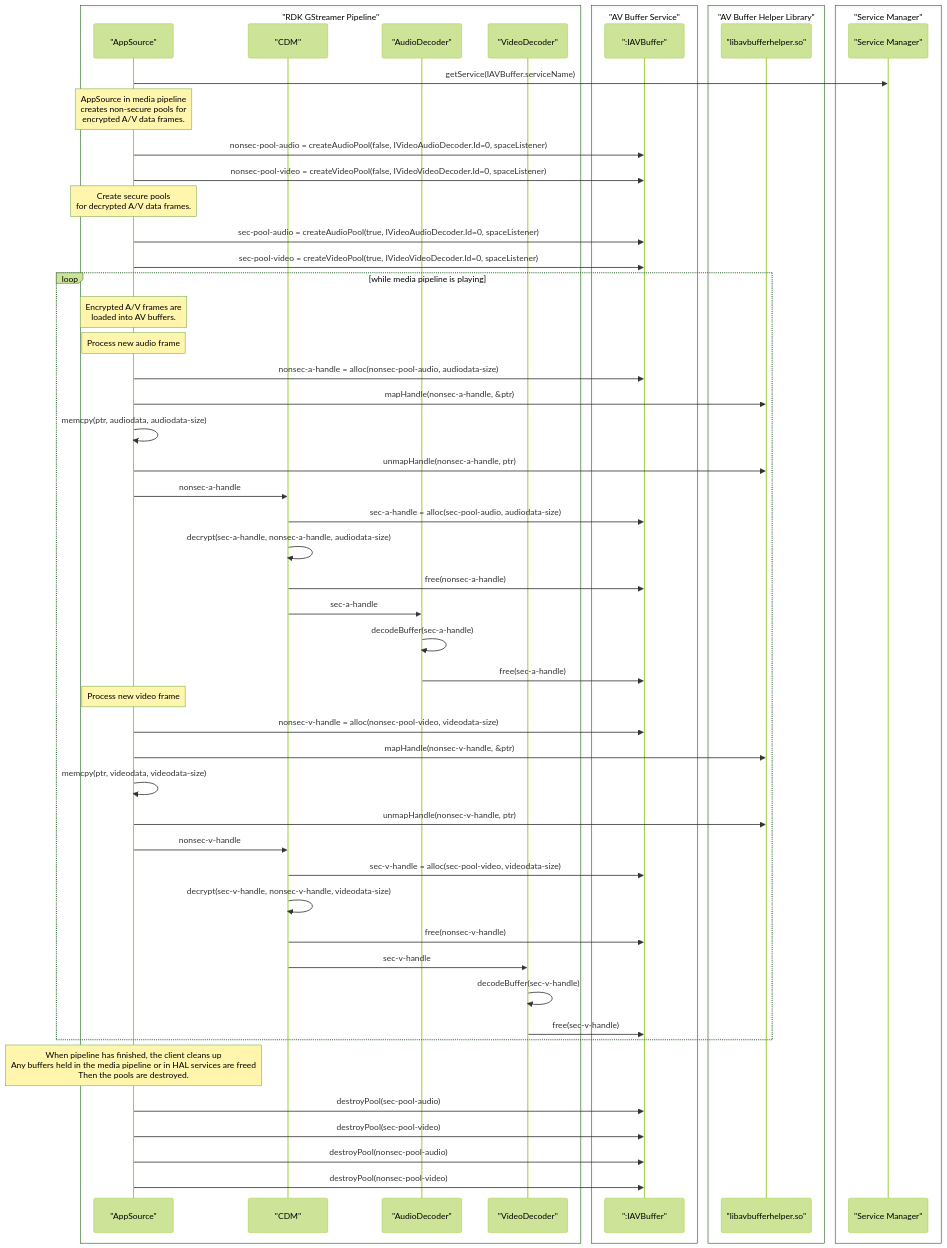
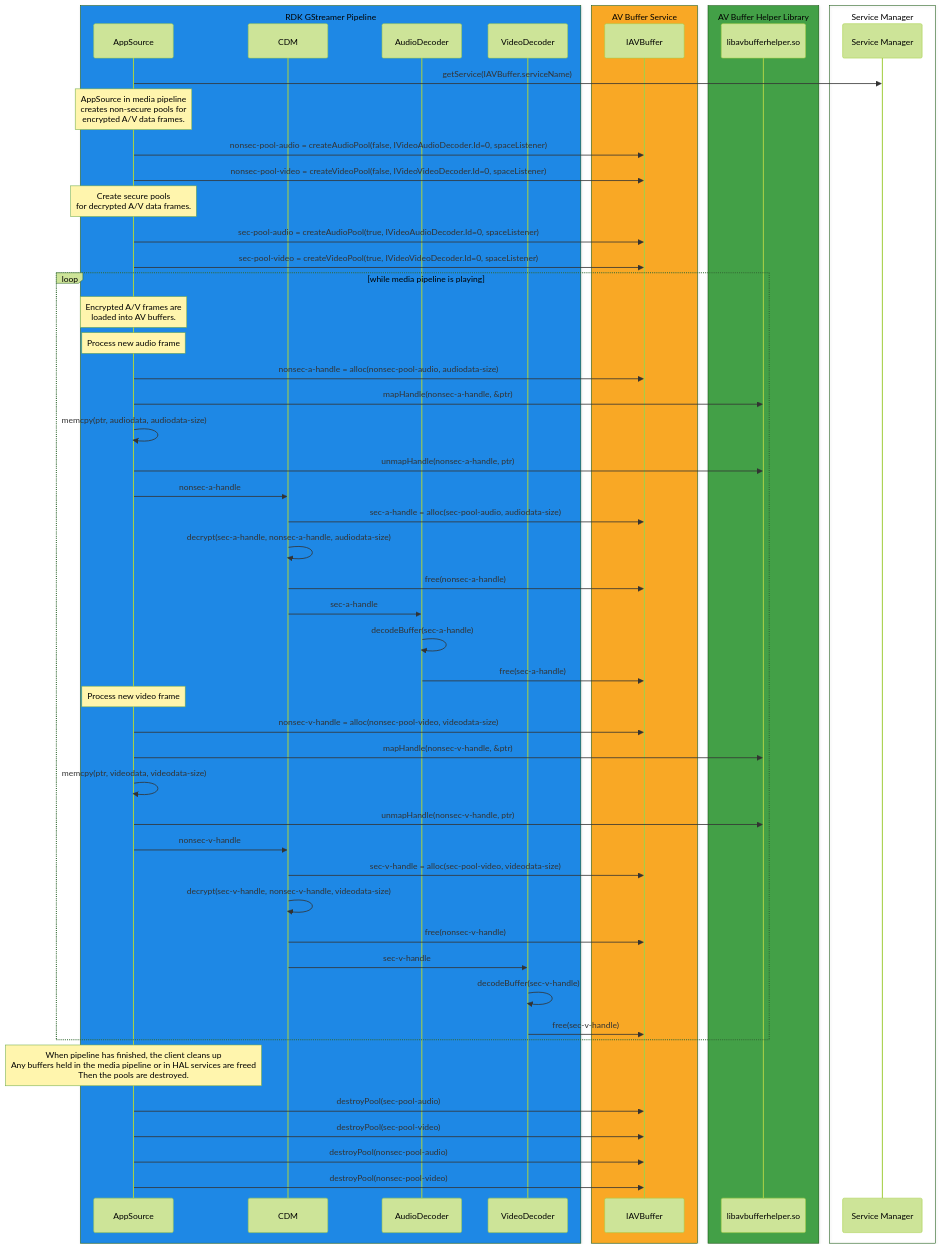
The diagram in docs/halif/av_buffer/current/av_buffer.md (rdkcentral/rdk-halif-aidl), drawn with Mermaid (forest theme) before and after one commit. The commit also changed other lines of this file and 27 other files, not shown here.

Commit message:
updated #19 audio, video, service manager, av, clock

````diff
--- a/docs/halif/av_buffer/current/av_buffer.md
+++ b/docs/halif/av_buffer/current/av_buffer.md
@@ -175,72 +183,72 @@
 ```mermaid
 sequenceDiagram
-    box "RDK GStreamer Pipeline"
-        participant c1 as "AppSource"
-        participant c2 as "CDM"
-        participant adc as "AudioDecoder"
-        participant vdc as "VideoDecoder"
+    box rgb(30,136,229) RDK GStreamer Pipeline
+        participant c1 as AppSource
+        participant c2 as CDM
+        participant adc as AudioDecoder
+        participant vdc as VideoDecoder
     end
 
-    box "AV Buffer Service" #lightgreen
-        participant avbm as ":IAVBuffer"
+    box rgb(249,168,37) AV Buffer Service
+        participant avbm as IAVBuffer
     end
 
-    box "AV Buffer Helper Library" #lightblue
-        participant avblib as "libavbufferhelper.so"
+    box rgb(67,160,71) AV Buffer Helper Library
+        participant avblib as libavbufferhelper.so
     end
 
-    box "Service Manager"
-        participant sm as "Service Manager"
+    box Service Manager
+        participant sm as Service Manager
     end
 
     c1 ->> sm: getService(IAVBuffer.serviceName)
 
     Note over c1: AppSource in media pipeline<br/>creates non-secure pools for <br/>encrypted A/V data frames.
 
     c1 ->> avbm: nonsec-pool-audio = createAudioPool(false, IVideoAudioDecoder.Id=0, spaceListener)
     c1 ->> avbm: nonsec-pool-video = createVideoPool(false, IVideoVideoDecoder.Id=0, spaceListener)
 
     Note over c1: Create secure pools<br/>for decrypted A/V data frames.
 
     c1 ->> avbm: sec-pool-audio = createAudioPool(true, IVideoAudioDecoder.Id=0, spaceListener)
     c1 ->> avbm: sec-pool-video = createVideoPool(true, IVideoVideoDecoder.Id=0, spaceListener)
 
     loop while media pipeline is playing
         Note over c1: Encrypted A/V frames are <br/>loaded into AV buffers.
 
         Note over c1: Process new audio frame
         c1 ->> avbm: nonsec-a-handle = alloc(nonsec-pool-audio, audiodata-size)
         c1 ->> avblib: mapHandle(nonsec-a-handle, &ptr)
         c1 ->> c1: memcpy(ptr, audiodata, audiodata-size)
         c1 ->> avblib: unmapHandle(nonsec-a-handle, ptr)
 
         c1 ->> c2: nonsec-a-handle
         c2 ->> avbm: sec-a-handle = alloc(sec-pool-audio, audiodata-size)
         c2 ->> c2: decrypt(sec-a-handle, nonsec-a-handle, audiodata-size)
         c2 ->> avbm: free(nonsec-a-handle)
         c2 ->> adc: sec-a-handle
         adc ->> adc: decodeBuffer(sec-a-handle)
         adc ->> avbm: free(sec-a-handle)
 
         Note over c1: Process new video frame
         c1 ->> avbm: nonsec-v-handle = alloc(nonsec-pool-video, videodata-size)
         c1 ->> avblib: mapHandle(nonsec-v-handle, &ptr)
         c1 ->> c1: memcpy(ptr, videodata, videodata-size)
         c1 ->> avblib: unmapHandle(nonsec-v-handle, ptr)
         c1 ->> c2: nonsec-v-handle
 
         c2 ->> avbm: sec-v-handle = alloc(sec-pool-video, videodata-size)
         c2 ->> c2: decrypt(sec-v-handle, nonsec-v-handle, videodata-size)
         c2 ->> avbm: free(nonsec-v-handle)
         c2 ->> vdc: sec-v-handle
         vdc ->> vdc: decodeBuffer(sec-v-handle)
         vdc ->> avbm: free(sec-v-handle)
     end
 
     Note over c1: When pipeline has finished, the client cleans up<br/>Any buffers held in the media pipeline or in HAL services are freed<br/>Then the pools are destroyed.
 
     c1 ->> avbm: destroyPool(sec-pool-audio)
     c1 ->> avbm: destroyPool(sec-pool-video)
     c1 ->> avbm: destroyPool(nonsec-pool-audio)
     c1 ->> avbm: destroyPool(nonsec-pool-video)
 ```
````
